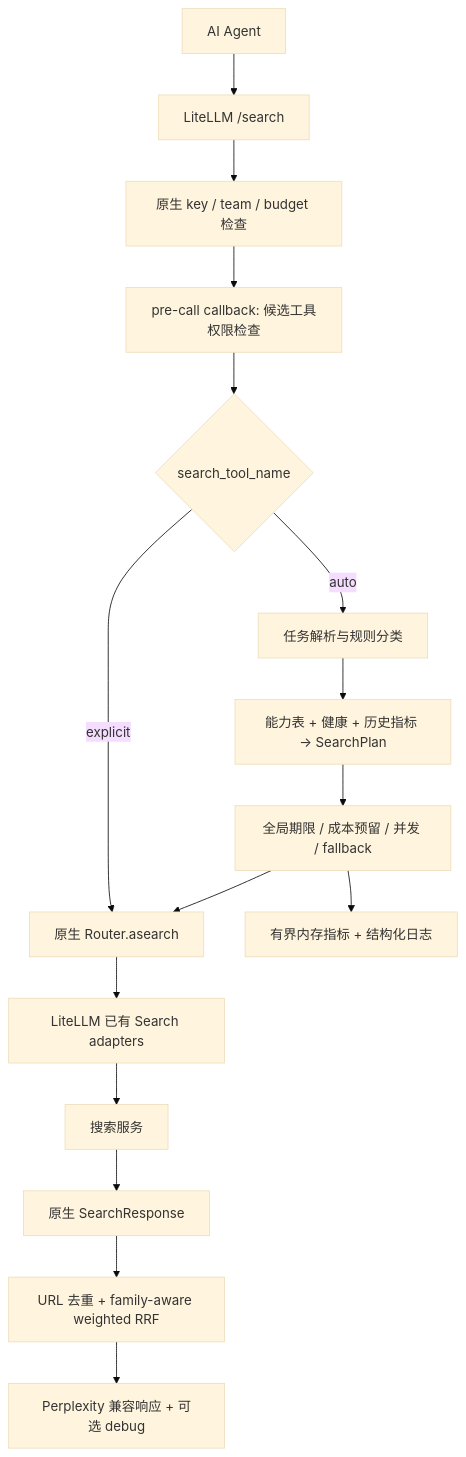
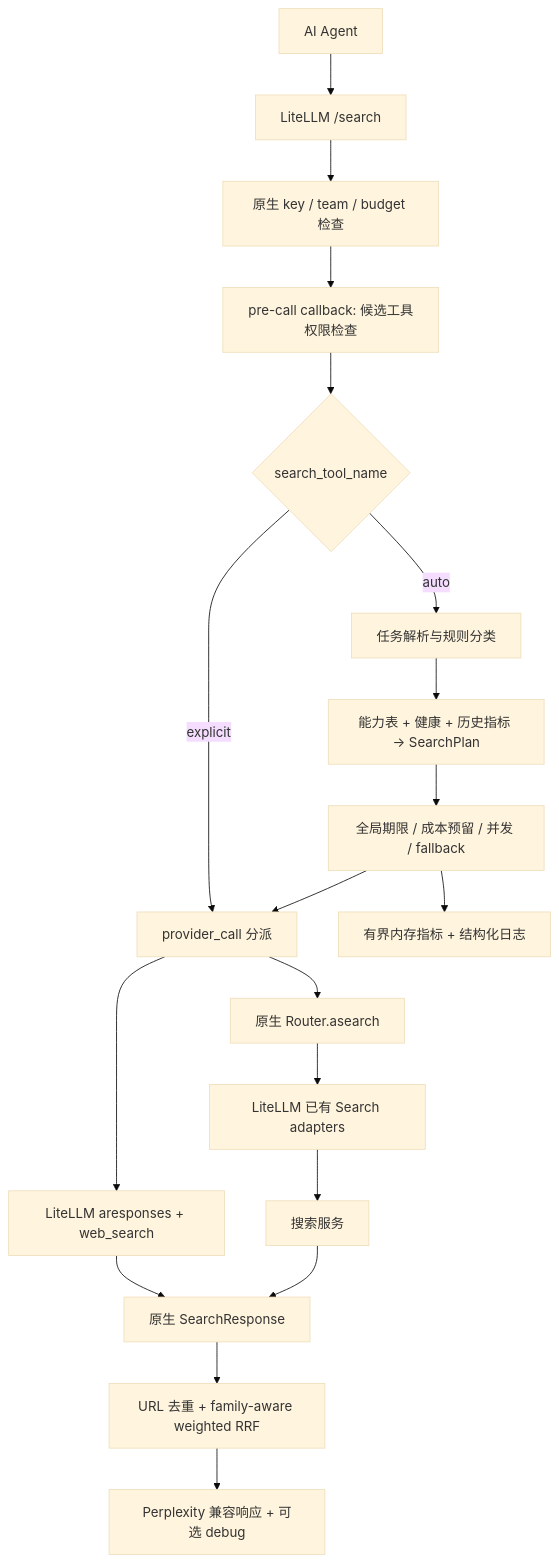
The diagram in docs/smart-search-router/proposed-design.md (huangwb8/bensz-search), drawn with Mermaid (base theme) before and after one commit. The commit also changed other lines of this file and 21 other files, not shown here.

First line of the commit message:
feat(openai): add Responses web_search provider adapter

````diff
--- a/docs/smart-search-router/proposed-design.md
+++ b/docs/smart-search-router/proposed-design.md
@@ -25,18 +27,21 @@
 ```mermaid
 flowchart TD
     Agent[AI Agent] --> HTTP[LiteLLM /search]
     HTTP --> Auth[原生 key / team / budget 检查]
     Auth --> Hook[pre-call callback: 候选工具权限检查]
     Hook --> Route{search_tool_name}
-    Route -->|explicit| Original[原生 Router.asearch]
+    Route -->|explicit| Dispatch[provider_call 分派]
     Route -->|auto| Intent[任务解析与规则分类]
     Intent --> Plan[能力表 + 健康 + 历史指标 → SearchPlan]
     Plan --> Execute[全局期限 / 成本预留 / 并发 / fallback]
-    Execute --> Original
+    Execute --> Dispatch
+    Dispatch --> Original[原生 Router.asearch]
+    Dispatch --> OpenAI[LiteLLM aresponses + web_search]
+    OpenAI --> Normalize
     Original --> Adapters[LiteLLM 已有 Search adapters]
     Adapters --> Providers[搜索服务]
     Providers --> Normalize[原生 SearchResponse]
     Normalize --> Fusion[URL 去重 + family-aware weighted RRF]
     Fusion --> Response[Perplexity 兼容响应 + 可选 debug]
     Execute --> Telemetry[有界内存指标 + 结构化日志]
 ```
````
